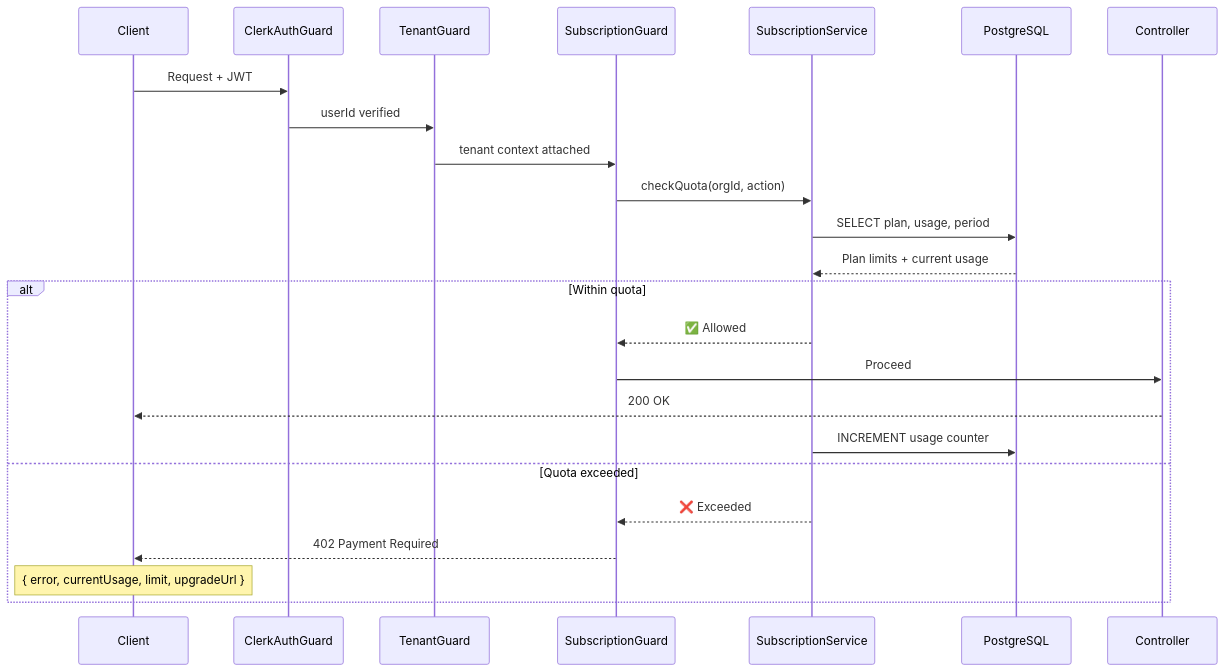
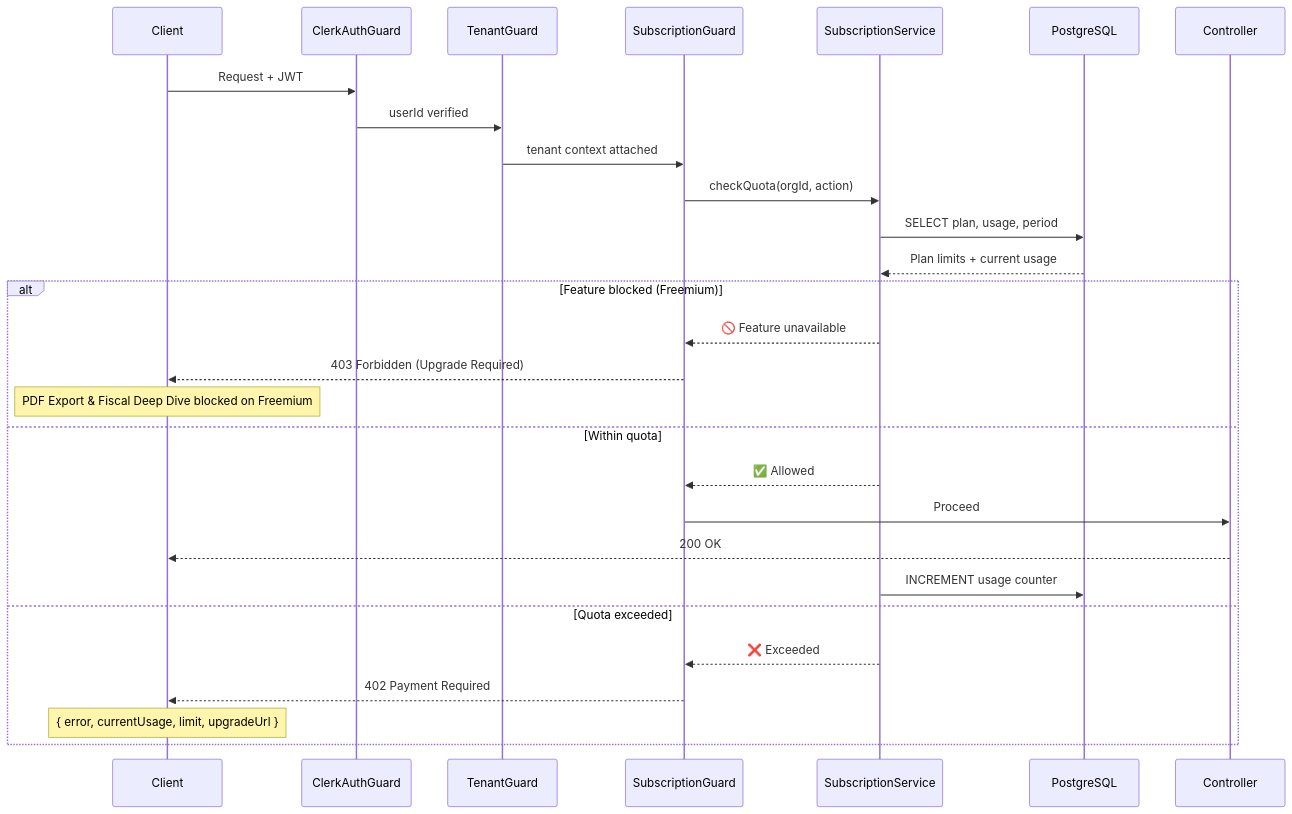
One commit to nabz0r/Global-Green-Tax changed the fourth of 26 diagrams in docs/architecture.md. Above: the diagram before and after it, drawn with Mermaid. The commit also changed other lines of this file and 1 other file, not shown here.

First line of the commit message:
docs: update README and architecture for Freemium tier, admin dashboard, data lake & AI pipeline

````diff
--- a/docs/architecture.md
+++ b/docs/architecture.md
@@ -171,28 +195,32 @@
 ```mermaid
 sequenceDiagram
     participant Client
     participant AuthGuard as ClerkAuthGuard
     participant TenantGuard
     participant SubGuard as SubscriptionGuard
     participant SubService as SubscriptionService
     participant DB as PostgreSQL
     participant Controller
 
     Client->>AuthGuard: Request + JWT
     AuthGuard->>TenantGuard: userId verified
     TenantGuard->>SubGuard: tenant context attached
     SubGuard->>SubService: checkQuota(orgId, action)
     SubService->>DB: SELECT plan, usage, period
     DB-->>SubService: Plan limits + current usage
 
-    alt Within quota
+    alt Feature blocked (Freemium)
+        SubService-->>SubGuard: 🚫 Feature unavailable
+        SubGuard-->>Client: 403 Forbidden (Upgrade Required)
+        Note over Client: PDF Export & Fiscal Deep Dive blocked on Freemium
+    else Within quota
         SubService-->>SubGuard: ✅ Allowed
         SubGuard->>Controller: Proceed
         Controller-->>Client: 200 OK
         SubService->>DB: INCREMENT usage counter
     else Quota exceeded
         SubService-->>SubGuard: ❌ Exceeded
         SubGuard-->>Client: 402 Payment Required
         Note over Client: { error, currentUsage, limit, upgradeUrl }
     end
 ```
````
